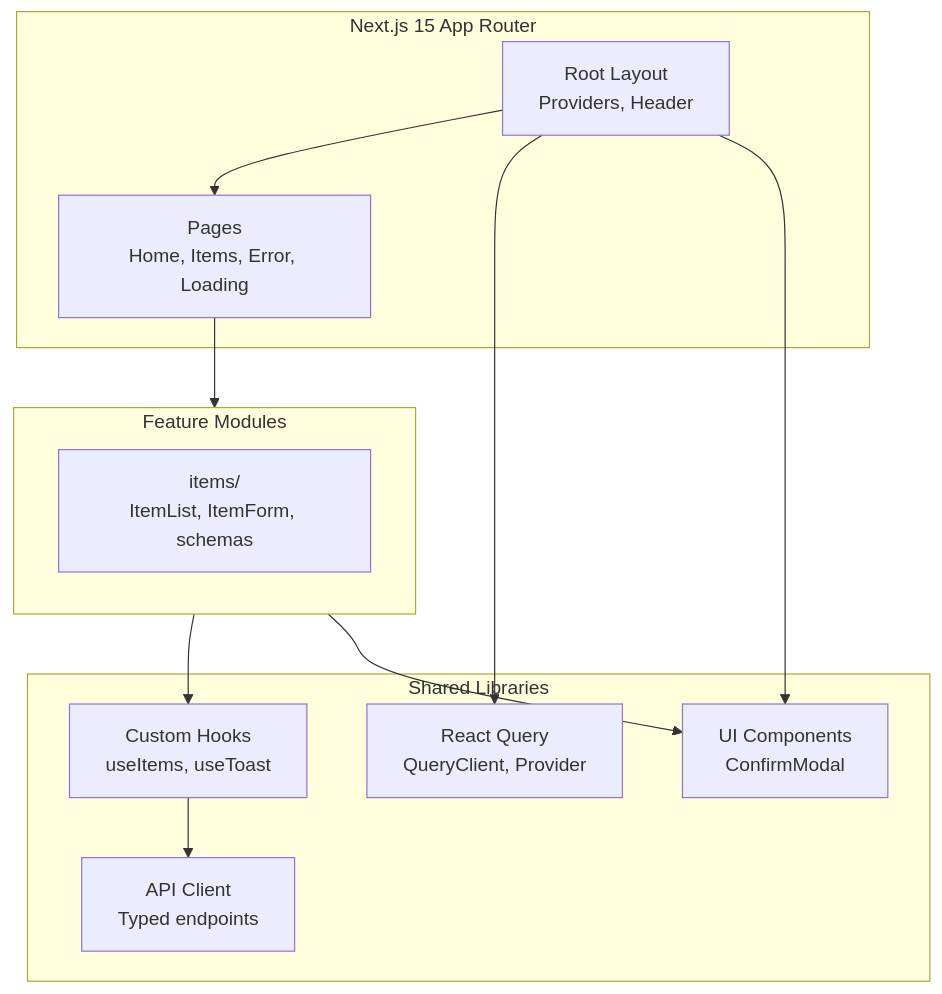
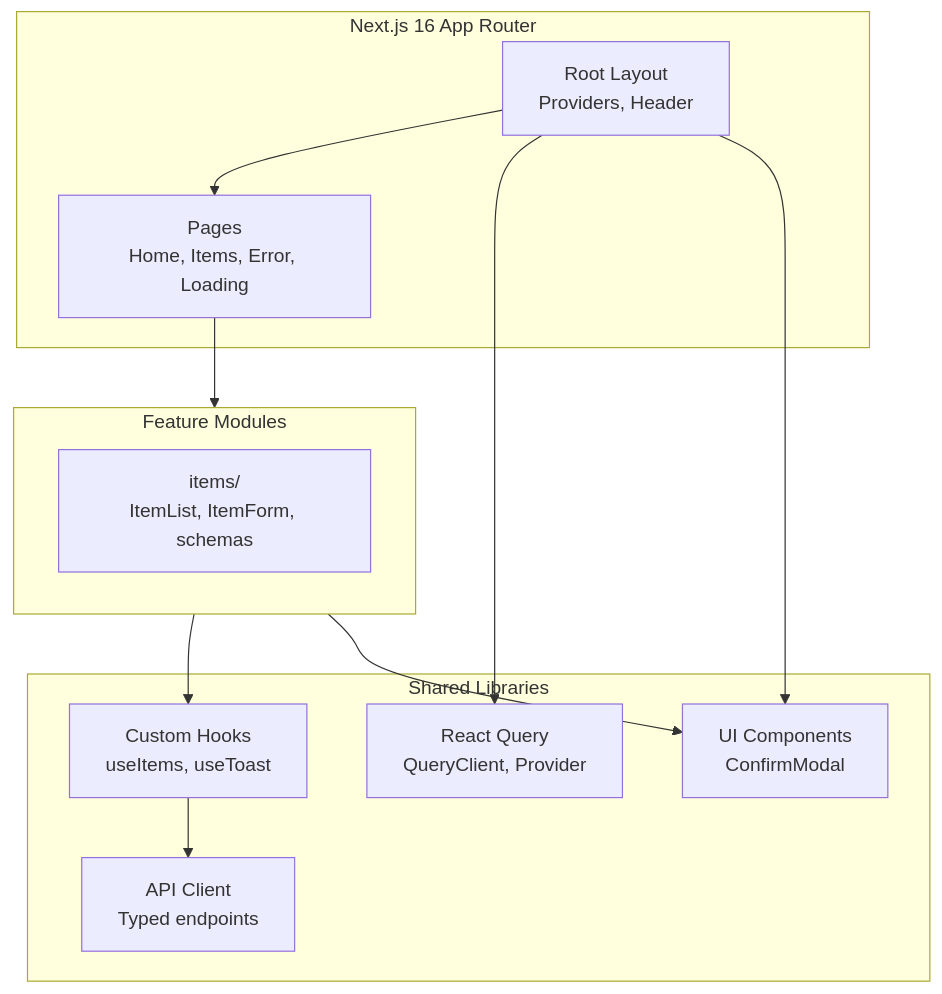
Before and after one commit to berserkhmdvhb/fullstack_template: the first of 10 diagrams in wiki/frontend-architecture.md, drawn with Mermaid. The commit also changed other lines of this file and 28 other files, not shown here.

````diff
--- a/wiki/frontend-architecture.md
+++ b/wiki/frontend-architecture.md
@@ -37,24 +37,24 @@
 ```mermaid
 flowchart TB
-    subgraph App["Next.js 15 App Router"]
+    subgraph App["Next.js 16 App Router"]
         Layout["Root Layout<br/>Providers, Header"]
         Pages["Pages<br/>Home, Items, Error, Loading"]
     end
 
     subgraph Features["Feature Modules"]
         Items["items/<br/>ItemList, ItemForm, schemas"]
     end
 
     subgraph Lib["Shared Libraries"]
         API["API Client<br/>Typed endpoints"]
         Hooks["Custom Hooks<br/>useItems, useToast"]
         Query["React Query<br/>QueryClient, Provider"]
         UI["UI Components<br/>ConfirmModal"]
     end
 
     Layout --> Pages --> Features
     Features --> Hooks --> API
     Features --> UI
     Layout --> Query
     Layout --> UI
 ```
````
